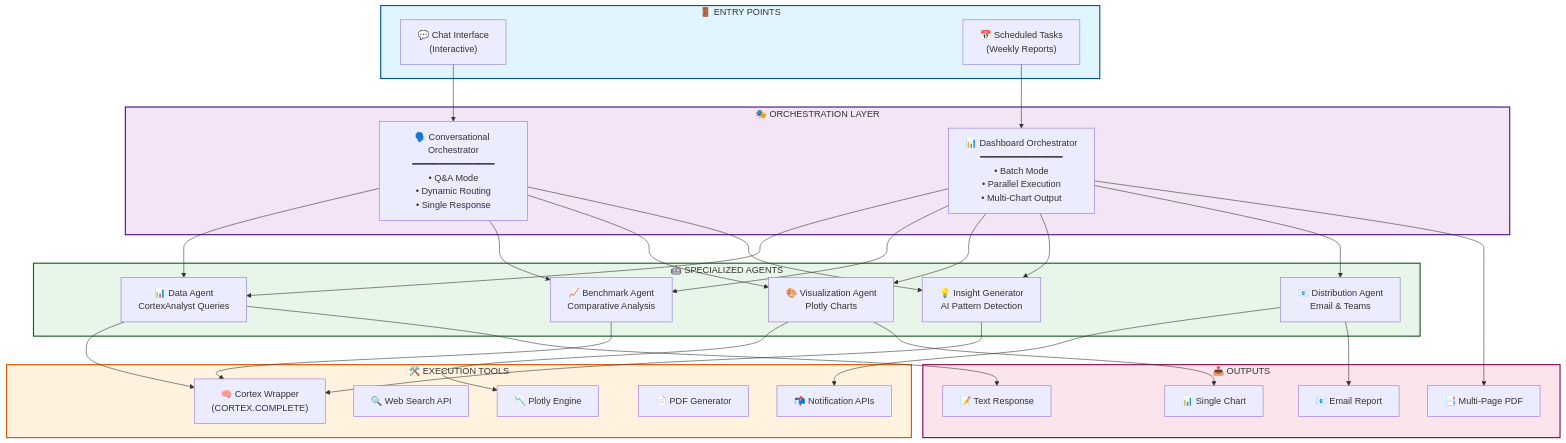
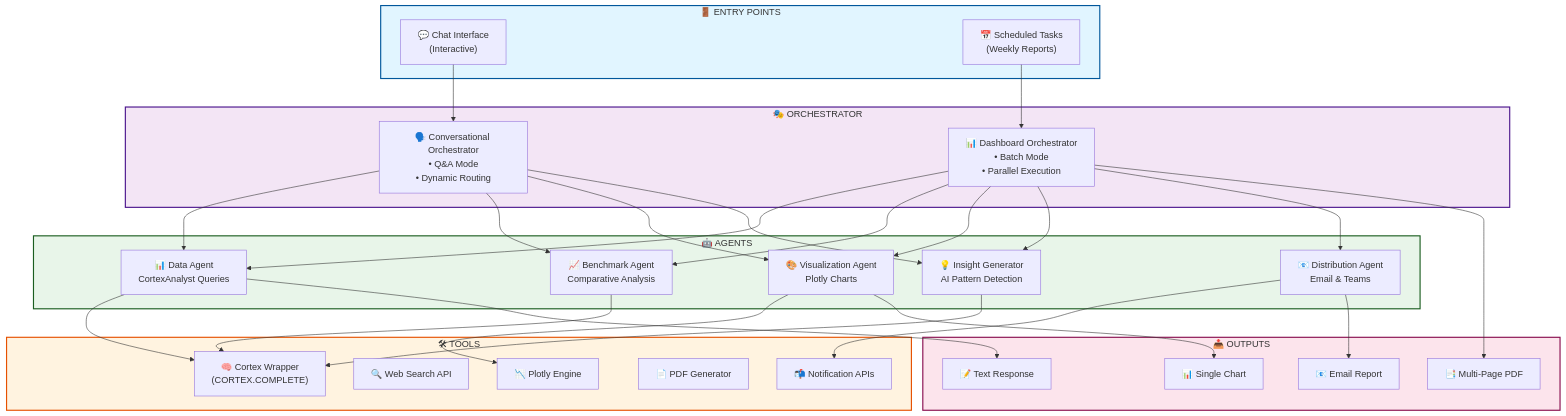
The third of 3 diagrams in README.md (LiMaData/cortex-analytics-orchestrator), drawn with Mermaid before and after one commit.

Commit message:
finetune readme file

````diff
--- a/README.md
+++ b/README.md
@@ -92,67 +92,74 @@
 ```mermaid
 graph TB
-  subgraph Entry["🚪 ENTRY POINTS"]
-      Chat["💬 Chat Interface<br/>(Interactive)"]
-      Schedule["📅 Scheduled Tasks<br/>(Weekly Reports)"]
-  end
+%% Entry Point Layer
+subgraph Entry["🚪 ENTRY POINTS"]
+    Chat["💬 Chat Interface<br/>(Interactive)"]
+    Schedule["📅 Scheduled Tasks<br/>(Weekly Reports)"]
+end
 
-  subgraph Orchestrators["🎭 ORCHESTRATION LAYER"]
-      ConvOrch["🗣️ Conversational Orchestrator<br/>━━━━━━━━━━━━━━━<br/>• Q&A Mode<br/>• Dynamic Routing<br/>• Single Response"]
-      DashOrch["📊 Dashboard Orchestrator<br/>━━━━━━━━━━━━━━━<br/>• Batch Mode<br/>• Parallel Execution<br/>• Multi-Chart Output"]
-  end
+%% Orchestrator Layer
+subgraph Orchestrator["🎭 ORCHESTRATOR"]
+    ConvOrch["🗣️ Conversational Orchestrator<br/>• Q&A Mode<br/>• Dynamic Routing"]
+    DashOrch["📊 Dashboard Orchestrator<br/>• Batch Mode<br/>• Parallel Execution"]
+end
 
-  subgraph Agents["🤖 SPECIALIZED AGENTS"]
-      DataAgent["📊 Data Agent<br/>CortexAnalyst Queries"]
-      BenchAgent["📈 Benchmark Agent<br/>Comparative Analysis"]
-      VizAgent["🎨 Visualization Agent<br/>Plotly Charts"]
-      InsightAgent["💡 Insight Generator<br/>AI Pattern Detection"]
-      DistAgent["📧 Distribution Agent<br/>Email & Teams"]
-  end
+%% Agents Layer
+subgraph Agents["🤖 AGENTS"]
+    DataAgent["📊 Data Agent<br/>CortexAnalyst Queries"]
+    BenchAgent["📈 Benchmark Agent<br/>Comparative Analysis"]
+    VizAgent["🎨 Visualization Agent<br/>Plotly Charts"]
+    InsightAgent["💡 Insight Generator<br/>AI Pattern Detection"]
+    DistAgent["📧 Distribution Agent<br/>Email & Teams"]
+end
 
-  subgraph Tools["🛠️ EXECUTION TOOLS"]
-      Cortex["🧠 Cortex Wrapper<br/>(CORTEX.COMPLETE)"]
-      WebSearch["🔍 Web Search API"]
-      Plotly["📉 Plotly Engine"]
-      PDF["📄 PDF Generator"]
-      Notify["📬 Notification APIs"]
-  end
+%% Tools Layer
+subgraph Tools["🛠 TOOLS"]
+    Cortex["🧠 Cortex Wrapper<br/>(CORTEX.COMPLETE)"]
+    WebSearch["🔍 Web Search API"]
+    Plotly["📉 Plotly Engine"]
+    PDF["📄 PDF Generator"]
+    Notify["📬 Notification APIs"]
+end
 
-  subgraph Outputs["📤 OUTPUTS"]
-      TextOut["📝 Text Response"]
-      ChartOut["📊 Single Chart"]
-      PDFOut["📑 Multi-Page PDF"]
-      EmailOut["📧 Email Report"]
-  end
+%% Outputs Layer
+subgraph Outputs["📤 OUTPUTS"]
+    TextOut["📝 Text Response"]
+    ChartOut["📊 Single Chart"]
+    PDFOut["📑 Multi-Page PDF"]
+    EmailOut["📧 Email Report"]
+end
 
-  Chat --> ConvOrch
-  Schedule --> DashOrch
-  
-  ConvOrch --> DataAgent
-  ConvOrch --> BenchAgent
-  ConvOrch --> VizAgent
-  ConvOrch --> InsightAgent
-  
-  DashOrch --> DataAgent
-  DashOrch --> BenchAgent
-  DashOrch --> VizAgent
-  DashOrch --> InsightAgent
-  DashOrch --> DistAgent
-  
-  DataAgent --> Cortex
-  BenchAgent --> Cortex
-  VizAgent --> Plotly
-  InsightAgent --> Cortex
-  DistAgent --> Notify
-  
-  DataAgent --> TextOut
-  VizAgent --> ChartOut
-  DashOrch --> PDFOut
-  DistAgent --> EmailOut
+%% Connections
+Chat --> ConvOrch
+Schedule --> DashOrch
 
-  style Entry fill:#e1f5ff,stroke:#01579b,stroke-width:2px
-  style Orchestrators fill:#f3e5f5,stroke:#4a148c,stroke-width:2px
-  style Agents fill:#e8f5e9,stroke:#1b5e20,stroke-width:2px
-  style Tools fill:#fff3e0,stroke:#e65100,stroke-width:2px
-  style Outputs fill:#fce4ec,stroke:#880e4f,stroke-width:2px
+ConvOrch --> DataAgent
+ConvOrch --> BenchAgent
+ConvOrch --> VizAgent
+ConvOrch --> InsightAgent
+
+DashOrch --> DataAgent
+DashOrch --> BenchAgent
+DashOrch --> VizAgent
+DashOrch --> InsightAgent
+DashOrch --> DistAgent
+
+DataAgent --> Cortex
+BenchAgent --> Cortex
+VizAgent --> Plotly
+InsightAgent --> Cortex
+DistAgent --> Notify
+
+DataAgent --> TextOut
+VizAgent --> ChartOut
+DashOrch --> PDFOut
+DistAgent --> EmailOut
+
+%% Styling
+style Entry fill:#e1f5ff,stroke:#01579b,stroke-width:2px
+style Orchestrator fill:#f3e5f5,stroke:#4a148c,stroke-width:2px
+style Agents fill:#e8f5e9,stroke:#1b5e20,stroke-width:2px
+style Tools fill:#fff3e0,stroke:#e65100,stroke-width:2px
+style Outputs fill:#fce4ec,stroke:#880e4f,stroke-width:2px
 
 ```
````
